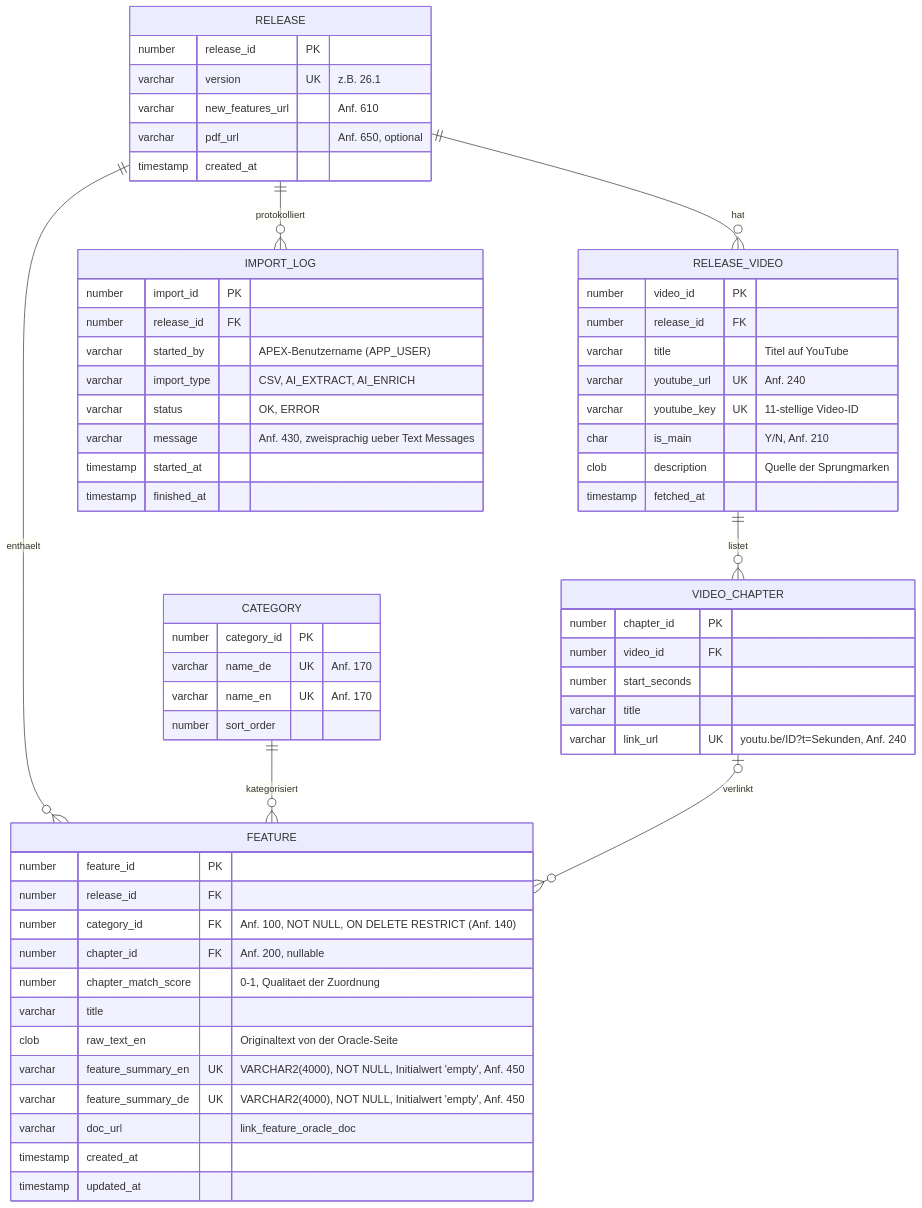
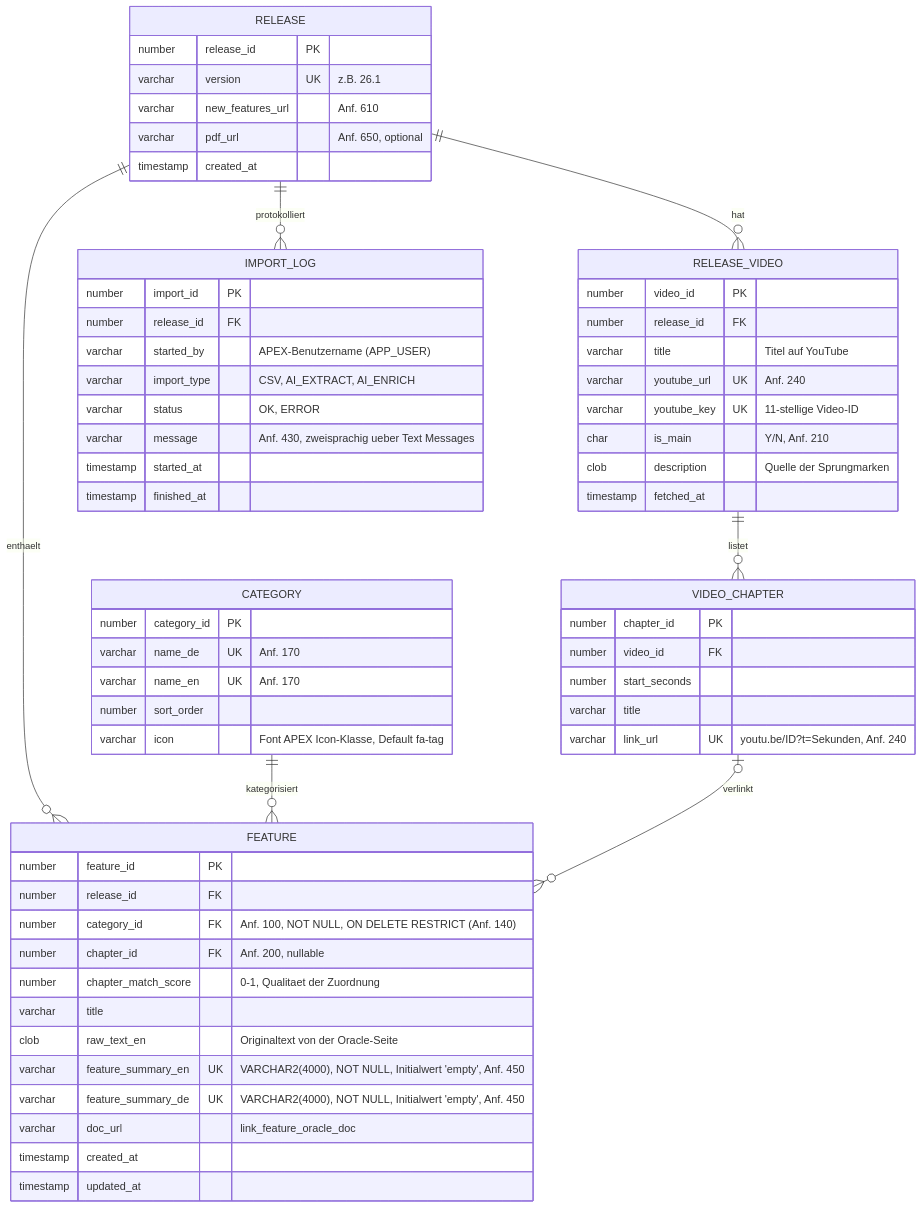
The diagram in er_model_nfo.md (Nafets-Rezlop/apxnfo), drawn with Mermaid before and after one commit. The commit also changed 10 other files, not shown here.

````diff
--- a/er_model_nfo.md
+++ b/er_model_nfo.md
@@ -5,64 +5,65 @@
 ```mermaid
 erDiagram
     RELEASE ||--o{ FEATURE : enthaelt
     RELEASE ||--o{ RELEASE_VIDEO : hat
     RELEASE ||--o{ IMPORT_LOG : protokolliert
     RELEASE_VIDEO ||--o{ VIDEO_CHAPTER : listet
     CATEGORY ||--o{ FEATURE : kategorisiert
     VIDEO_CHAPTER |o--o{ FEATURE : verlinkt
 
     RELEASE {
         number release_id PK
         varchar version UK "z.B. 26.1"
         varchar new_features_url "Anf. 610"
         varchar pdf_url "Anf. 650, optional"
         timestamp created_at
     }
     CATEGORY {
         number category_id PK
         varchar name_de UK "Anf. 170"
         varchar name_en UK "Anf. 170"
         number sort_order
+        varchar icon "Font APEX Icon-Klasse, Default fa-tag"
     }
     FEATURE {
         number feature_id PK
         number release_id FK
         number category_id FK "Anf. 100, NOT NULL, ON DELETE RESTRICT (Anf. 140)"
         number chapter_id FK "Anf. 200, nullable"
         number chapter_match_score "0-1, Qualitaet der Zuordnung"
         varchar title
         clob raw_text_en "Originaltext von der Oracle-Seite"
         varchar feature_summary_en UK "VARCHAR2(4000), NOT NULL, Initialwert 'empty', Anf. 450"
         varchar feature_summary_de UK "VARCHAR2(4000), NOT NULL, Initialwert 'empty', Anf. 450"
         varchar doc_url "link_feature_oracle_doc"
         timestamp created_at
         timestamp updated_at
     }
     RELEASE_VIDEO {
         number video_id PK
         number release_id FK
         varchar title "Titel auf YouTube"
         varchar youtube_url UK "Anf. 240"
         varchar youtube_key UK "11-stellige Video-ID"
         char is_main "Y/N, Anf. 210"
         clob description "Quelle der Sprungmarken"
         timestamp fetched_at
     }
     VIDEO_CHAPTER {
         number chapter_id PK
         number video_id FK
         number start_seconds
         varchar title
         varchar link_url UK "youtu.be/ID?t=Sekunden, Anf. 240"
     }
     IMPORT_LOG {
         number import_id PK
         number release_id FK
         varchar started_by "APEX-Benutzername (APP_USER)"
         varchar import_type "CSV, AI_EXTRACT, AI_ENRICH"
         varchar status "OK, ERROR"
         varchar message "Anf. 430, zweisprachig ueber Text Messages"
         timestamp started_at
         timestamp finished_at
     }
 ```
````
